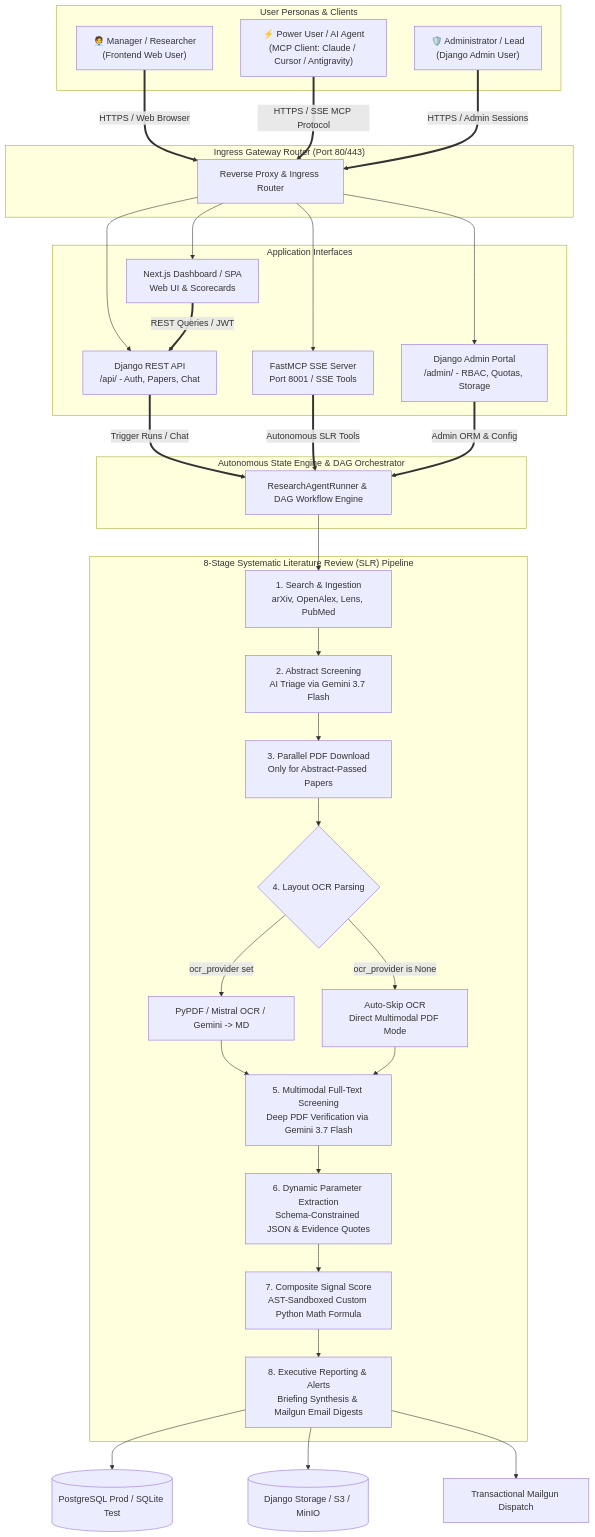
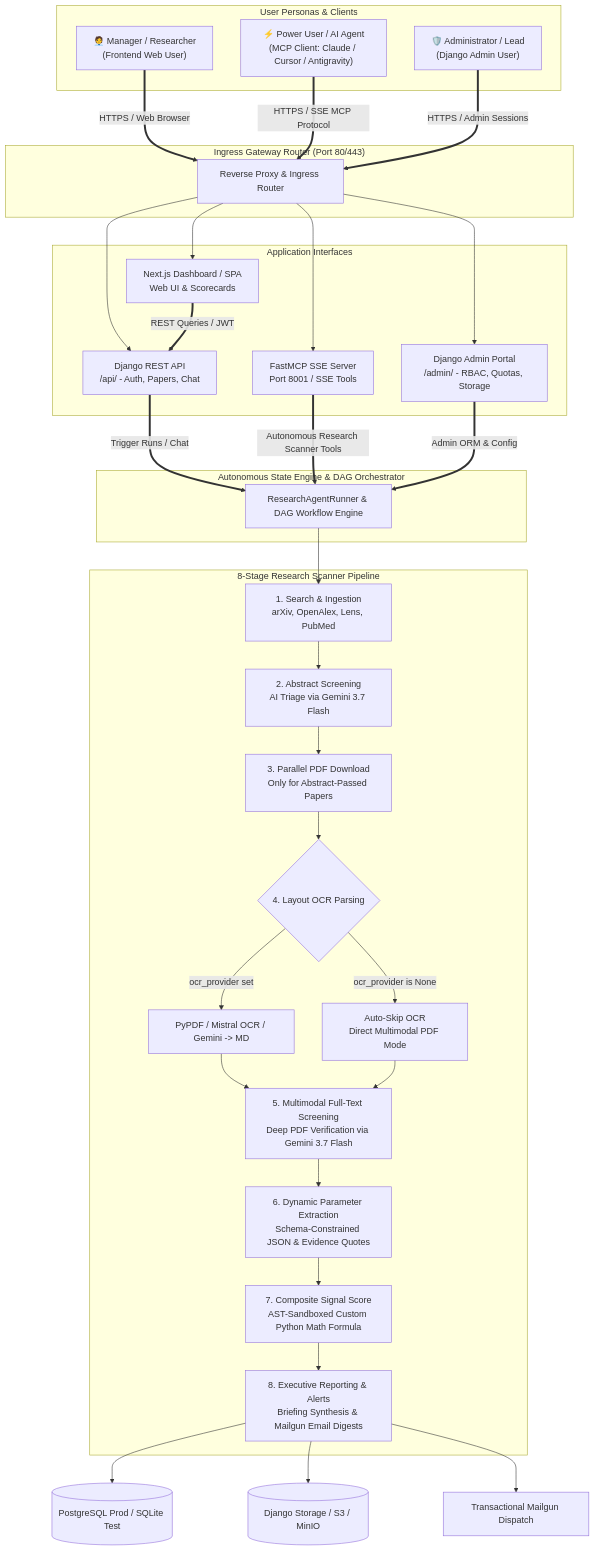
One commit to p4ku/research-intelligence changed the first of 2 diagrams in README.md. Above: the diagram before and after it, drawn with Mermaid. The commit also changed other lines of this file and 25 other files, not shown here.

Commit message:
docs(journeys): add paper comments & all papers journeys, refresh screenshots and PDF, replace SLR with Research Scanner

````diff
--- a/README.md
+++ b/README.md
@@ -17,56 +17,56 @@
 ```mermaid
 graph TB
     subgraph Personas ["User Personas & Clients"]
         manager["🧑‍💼 Manager / Researcher<br>(Frontend Web User)"]
         power["⚡ Power User / AI Agent<br>(MCP Client: Claude / Cursor / Antigravity)"]
         admin["🛡️ Administrator / Lead<br>(Django Admin User)"]
     end
 
     subgraph Ingress ["Ingress Gateway Router (Port 80/443)"]
         nginx[Reverse Proxy & Ingress Router]
     end
 
     subgraph Interfaces ["Application Interfaces"]
         frontend[Next.js Dashboard / SPA<br>Web UI & Scorecards]
         api[Django REST API<br>/api/ - Auth, Papers, Chat]
         django_admin[Django Admin Portal<br>/admin/ - RBAC, Quotas, Storage]
         mcp[FastMCP SSE Server<br>Port 8001 / SSE Tools]
     end
 
     subgraph StateEngine ["Autonomous State Engine & DAG Orchestrator"]
         engine[ResearchAgentRunner & DAG Workflow Engine]
     end
 
-    subgraph PipelineExecution ["8-Stage Systematic Literature Review (SLR) Pipeline"]
+    subgraph PipelineExecution ["8-Stage Research Scanner Pipeline"]
         engine --> Step1[1. Search & Ingestion<br>arXiv, OpenAlex, Lens, PubMed]
         Step1 --> Step2[2. Abstract Screening<br>AI Triage via Gemini 3.7 Flash]
         Step2 --> Step3[3. Parallel PDF Download<br>Only for Abstract-Passed Papers]
         Step3 --> Step4{4. Layout OCR Parsing}
         Step4 -->|ocr_provider set| OCRConv[PyPDF / Mistral OCR / Gemini -> MD]
         Step4 -->|ocr_provider is None| SkipOCR[Auto-Skip OCR<br>Direct Multimodal PDF Mode]
         OCRConv --> Step5
         SkipOCR --> Step5
         Step5[5. Multimodal Full-Text Screening<br>Deep PDF Verification via Gemini 3.7 Flash]
         Step5 --> Step6[6. Dynamic Parameter Extraction<br>Schema-Constrained JSON & Evidence Quotes]
         Step6 --> Step7[7. Composite Signal Score<br>AST-Sandboxed Custom Python Math Formula]
         Step7 --> Step8[8. Executive Reporting & Alerts<br>Briefing Synthesis & Mailgun Email Digests]
     end
 
     manager ==>|HTTPS / Web Browser| nginx
     power ==>|HTTPS / SSE MCP Protocol| nginx
     admin ==>|HTTPS / Admin Sessions| nginx
 
     nginx --> frontend
     nginx --> api
     nginx --> django_admin
     nginx --> mcp
 
     frontend ==>|REST Queries / JWT| api
     api ==>|Trigger Runs / Chat| engine
-    mcp ==>|Autonomous SLR Tools| engine
+    mcp ==>|Autonomous Research Scanner Tools| engine
     django_admin ==>|Admin ORM & Config| engine
 
     Step8 --> DB[(PostgreSQL Prod / SQLite Test)]
     Step8 --> Storage[(Django Storage / S3 / MinIO)]
     Step8 --> EmailNotifier[Transactional Mailgun Dispatch]
 ```
````
